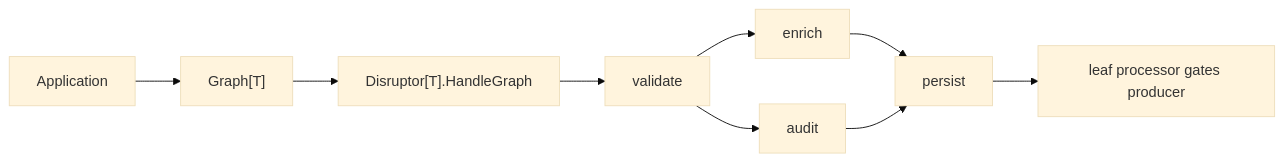
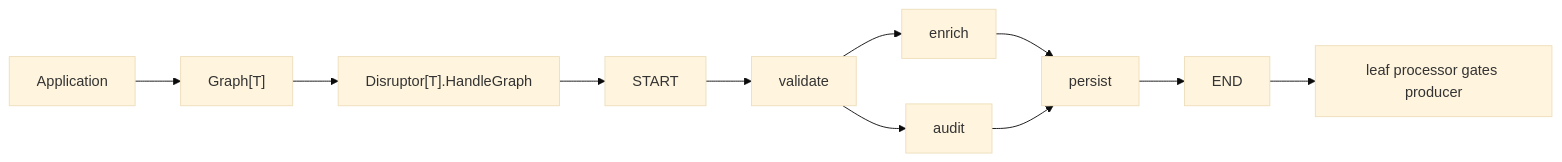
The third of 4 diagrams in README.md (photowey/disruptor.go), drawn with Mermaid (base theme) before and after one commit. The commit also changed other lines of this file and 11 other files, not shown here.

Commit message:
feat: add virtual graph terminals

````diff
--- a/README.md
+++ b/README.md
@@ -202,11 +202,13 @@
 ```mermaid
 flowchart LR
     App["Application"] --> G["Graph[T]"]
     G --> D["Disruptor[T].HandleGraph"]
-    D --> A["validate"]
+    D --> Start["START"]
+    Start --> A["validate"]
     A --> B["enrich"]
     A --> C["audit"]
     B --> J["persist"]
     C --> J
-    J --> Leaf["leaf processor gates producer"]
+    J --> End["END"]
+    End --> Leaf["leaf processor gates producer"]
 ```
````
